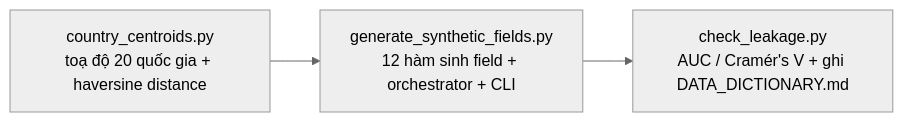
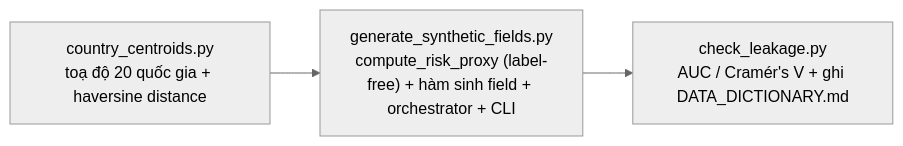
The fifth of 9 diagrams in README.md (sutobode/BA_Project), drawn with Mermaid (neutral theme) before and after one commit. The commit also changed other lines of this file and 2 other files, not shown here.

````diff
--- a/README.md
+++ b/README.md
@@ -88,5 +91,5 @@
 ```mermaid
 flowchart LR
-    CC["country_centroids.py<br/>toạ độ 20 quốc gia + haversine distance"] --> GSF["generate_synthetic_fields.py<br/>12 hàm sinh field + orchestrator + CLI"]
+    CC["country_centroids.py<br/>toạ độ 20 quốc gia + haversine distance"] --> GSF["generate_synthetic_fields.py<br/>compute_risk_proxy (label-free) + hàm sinh field + orchestrator + CLI"]
     GSF --> CL["check_leakage.py<br/>AUC / Cramér's V + ghi DATA_DICTIONARY.md"]
 ```
````
